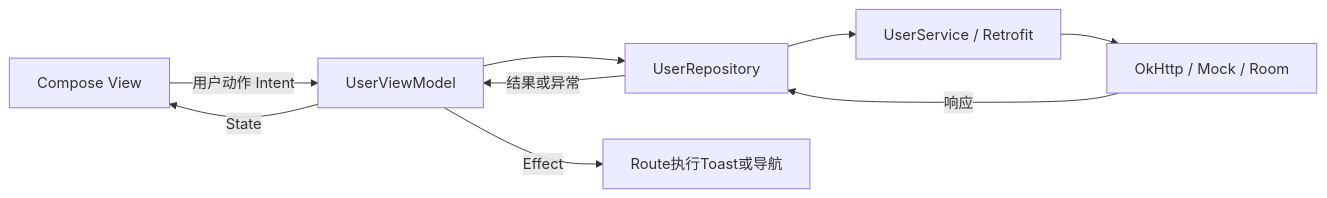
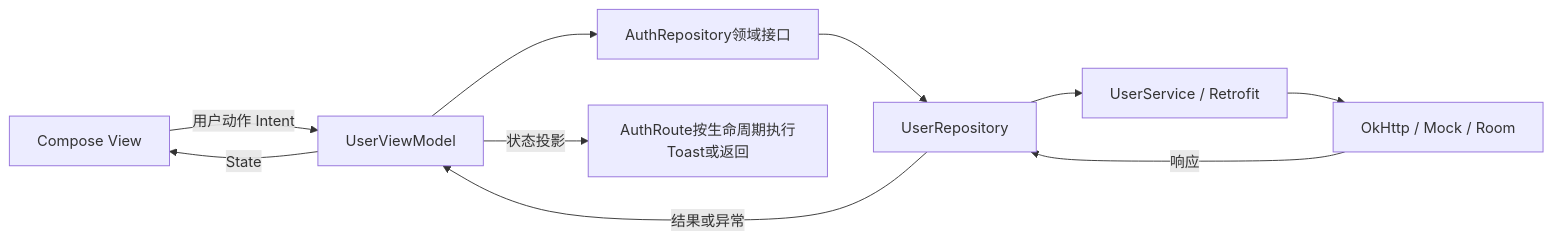
Before and after one commit to rickdynasty/EntryTask: the first of 3 diagrams in docs/development/登录注册功能新手指南.md, drawn with Mermaid. The commit also changed other lines of this file and 114 other files, not shown here.

````diff
--- a/docs/development/登录注册功能新手指南.md
+++ b/docs/development/登录注册功能新手指南.md
@@ -363,11 +361,12 @@
 ```mermaid
 flowchart LR
     V[Compose View] -->|用户动作 Intent| VM[UserViewModel]
-    VM --> R[UserRepository]
+    VM --> CONTRACT[AuthRepository领域接口]
+    CONTRACT --> R[UserRepository]
     R --> S[UserService / Retrofit]
     S --> IO[OkHttp / Mock / Room]
     IO -->|响应| R
     R -->|结果或异常| VM
     VM -->|State| V
-    VM -->|Effect| ROUTE[Route执行Toast或导航]
+    VM -->|状态投影| ROUTE[AuthRoute按生命周期执行Toast或返回]
 ```
````
